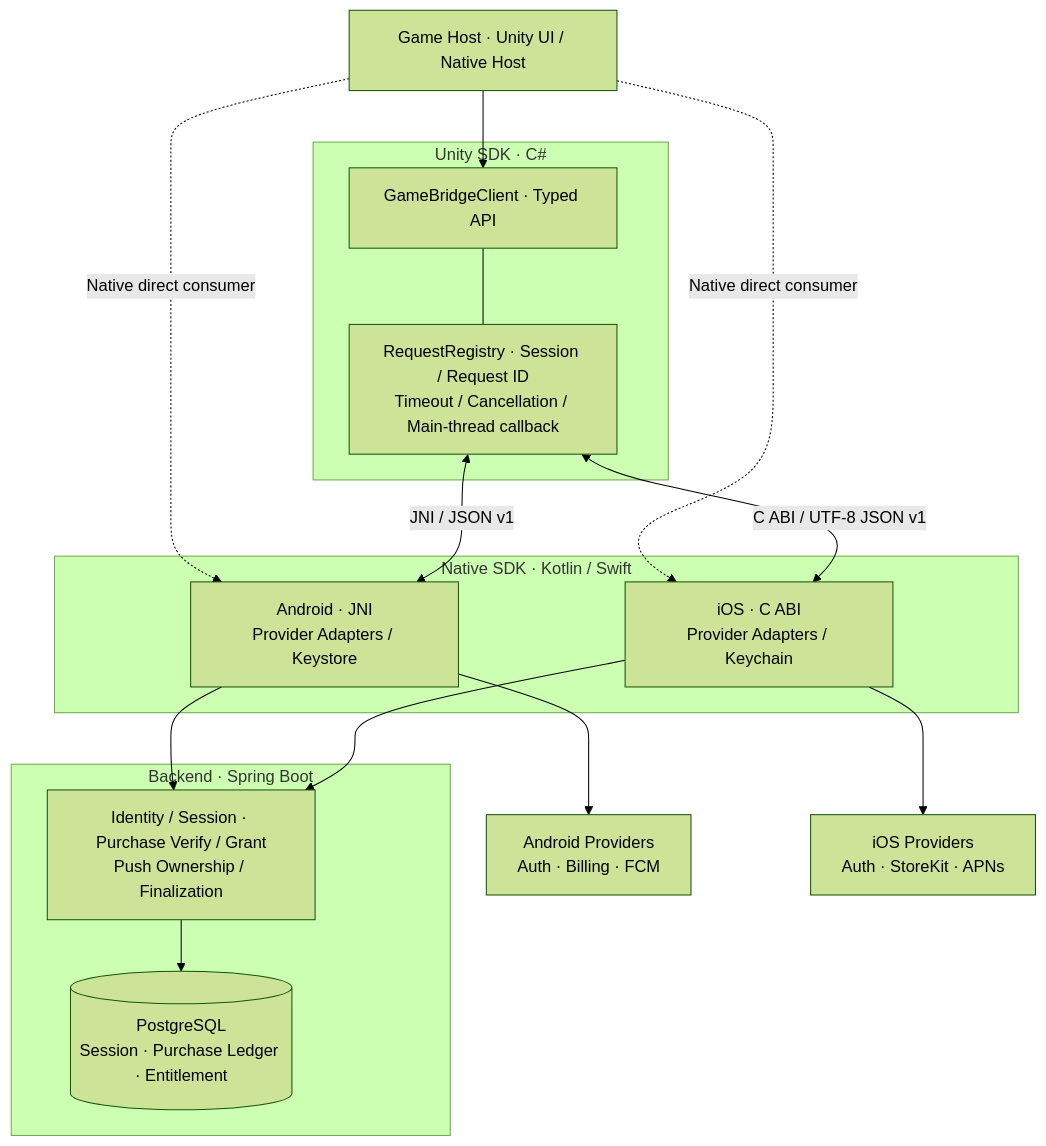
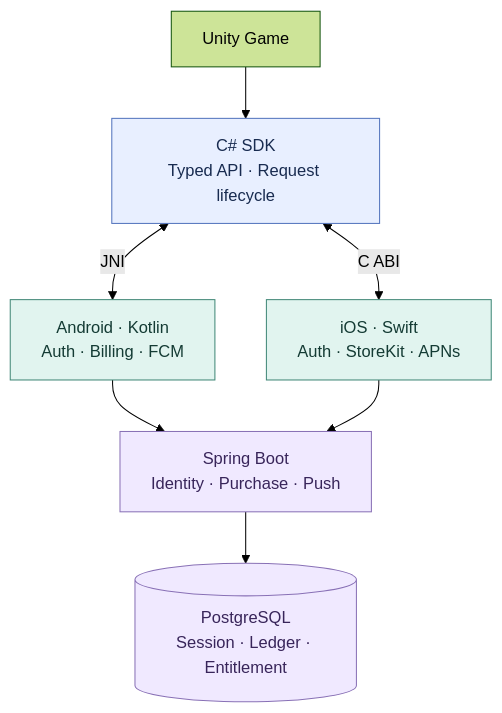
Before and after one commit to CodingBot000/GameBridge_SDK: the diagram in README.md, drawn with Mermaid (forest theme). The commit also changed other lines of this file and 4 other files, not shown here.

Commit message:
docs: validate portfolio diagrams and index public verification evidence (#22)

````diff
--- a/README.md
+++ b/README.md
@@ -18,29 +24,15 @@
 ```mermaid
 flowchart TB
-    H["Game Host · Unity UI / Native Host"]
-    subgraph U["Unity SDK · C#"]
-        API["GameBridgeClient · Typed API"]
-        CTRL["RequestRegistry · Session / Request ID<br/>Timeout / Cancellation / Main-thread callback"]
-        API --- CTRL
-    end
-    subgraph N["Native SDK · Kotlin / Swift"]
-        A["Android · JNI<br/>Provider Adapters / Keystore"]
-        I["iOS · C ABI<br/>Provider Adapters / Keychain"]
-    end
-    PA["Android Providers<br/>Auth · Billing · FCM"]
-    PI["iOS Providers<br/>Auth · StoreKit · APNs"]
-    subgraph B["Backend · Spring Boot"]
-        S["Identity / Session · Purchase Verify / Grant<br/>Push Ownership / Finalization"]
-        D[("PostgreSQL<br/>Session · Purchase Ledger · Entitlement")]
-        S --> D
-    end
-    H --> API
-    H -. "Native direct consumer" .-> A
-    H -. "Native direct consumer" .-> I
-    CTRL <-->|"JNI / JSON v1"| A
-    CTRL <-->|"C ABI / UTF-8 JSON v1"| I
-    A --> PA
-    I --> PI
-    A --> S
-    I --> S
+    G["Unity Game"] --> U["C# SDK<br/>Typed API · Request lifecycle"]
+    U <-->|JNI| A["Android · Kotlin<br/>Auth · Billing · FCM"]
+    U <-->|C ABI| I["iOS · Swift<br/>Auth · StoreKit · APNs"]
+    A --> B["Spring Boot<br/>Identity · Purchase · Push"]
+    I --> B
+    B --> D[("PostgreSQL<br/>Session · Ledger · Entitlement")]
+    classDef unity fill:#e8efff,stroke:#5374bd,color:#182b50
+    classDef native fill:#e1f4ef,stroke:#428878,color:#143b34
+    classDef server fill:#f0e9ff,stroke:#8971b6,color:#38255a
+    class U unity
+    class A,I native
+    class B,D server
 ```
````
